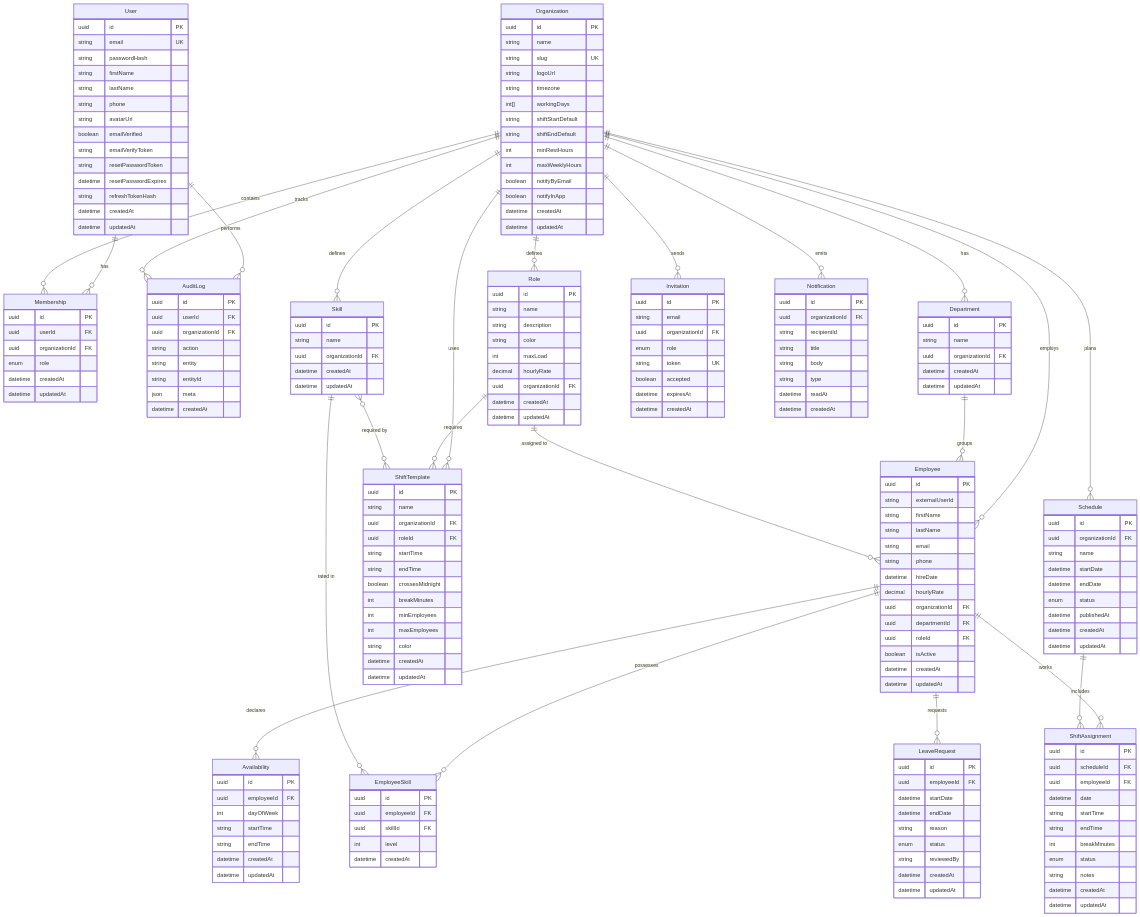
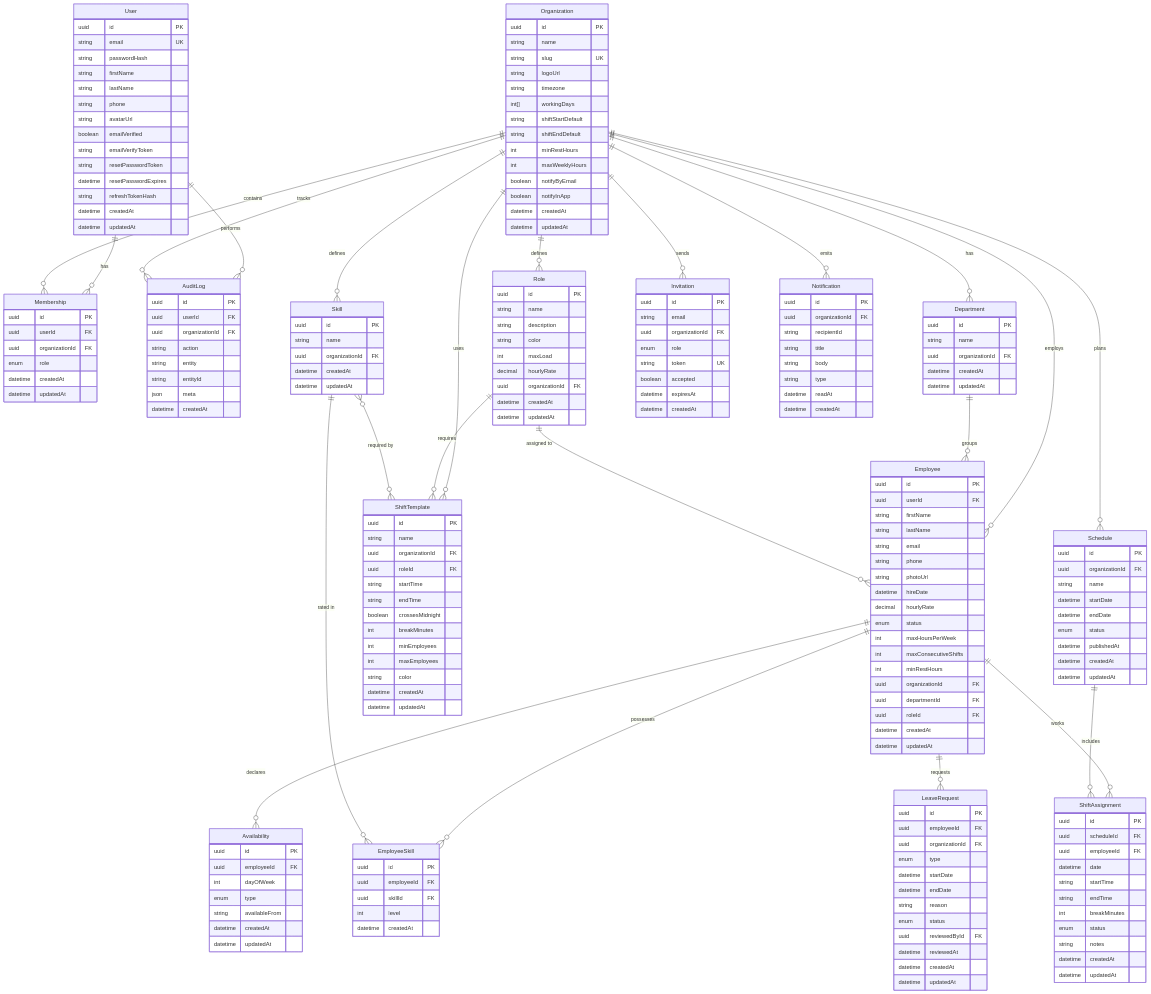
Before and after one commit to paytronix/service_alex_test: the diagram in docs/DATA_MODEL.md, drawn with Mermaid. The commit also changed other lines of this file and 15 other files, not shown here.

```diff
--- a/docs/DATA_MODEL.md
+++ b/docs/DATA_MODEL.md
@@ -111,17 +111,21 @@
 
     Employee {
         uuid id PK
-        string externalUserId
+        uuid userId FK
         string firstName
         string lastName
         string email
         string phone
+        string photoUrl
         datetime hireDate
         decimal hourlyRate
+        enum status
+        int maxHoursPerWeek
+        int maxConsecutiveShifts
+        int minRestHours
         uuid organizationId FK
         uuid departmentId FK
         uuid roleId FK
-        boolean isActive
         datetime createdAt
         datetime updatedAt
     }
@@ -138,8 +142,8 @@
         uuid id PK
         uuid employeeId FK
         int dayOfWeek
-        string startTime
-        string endTime
+        enum type
+        string availableFrom
         datetime createdAt
         datetime updatedAt
     }
@@ -189,11 +193,14 @@
     LeaveRequest {
         uuid id PK
         uuid employeeId FK
+        uuid organizationId FK
+        enum type
         datetime startDate
         datetime endDate
         string reason
         enum status
-        string reviewedBy
+        uuid reviewedById FK
+        datetime reviewedAt
         datetime createdAt
         datetime updatedAt
     }
```
